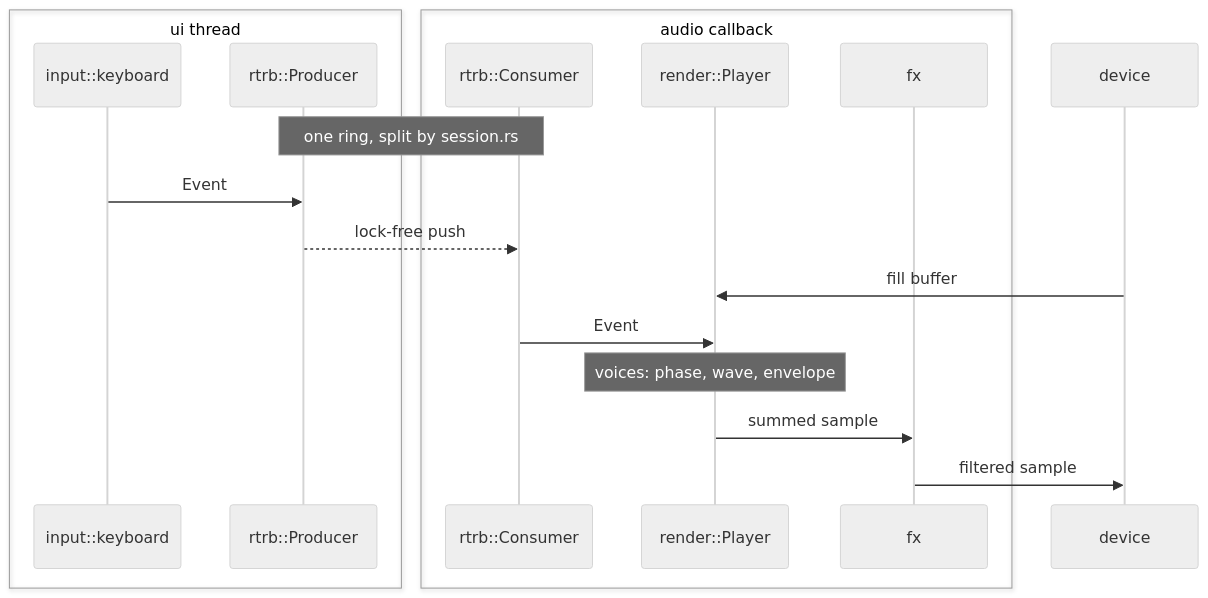
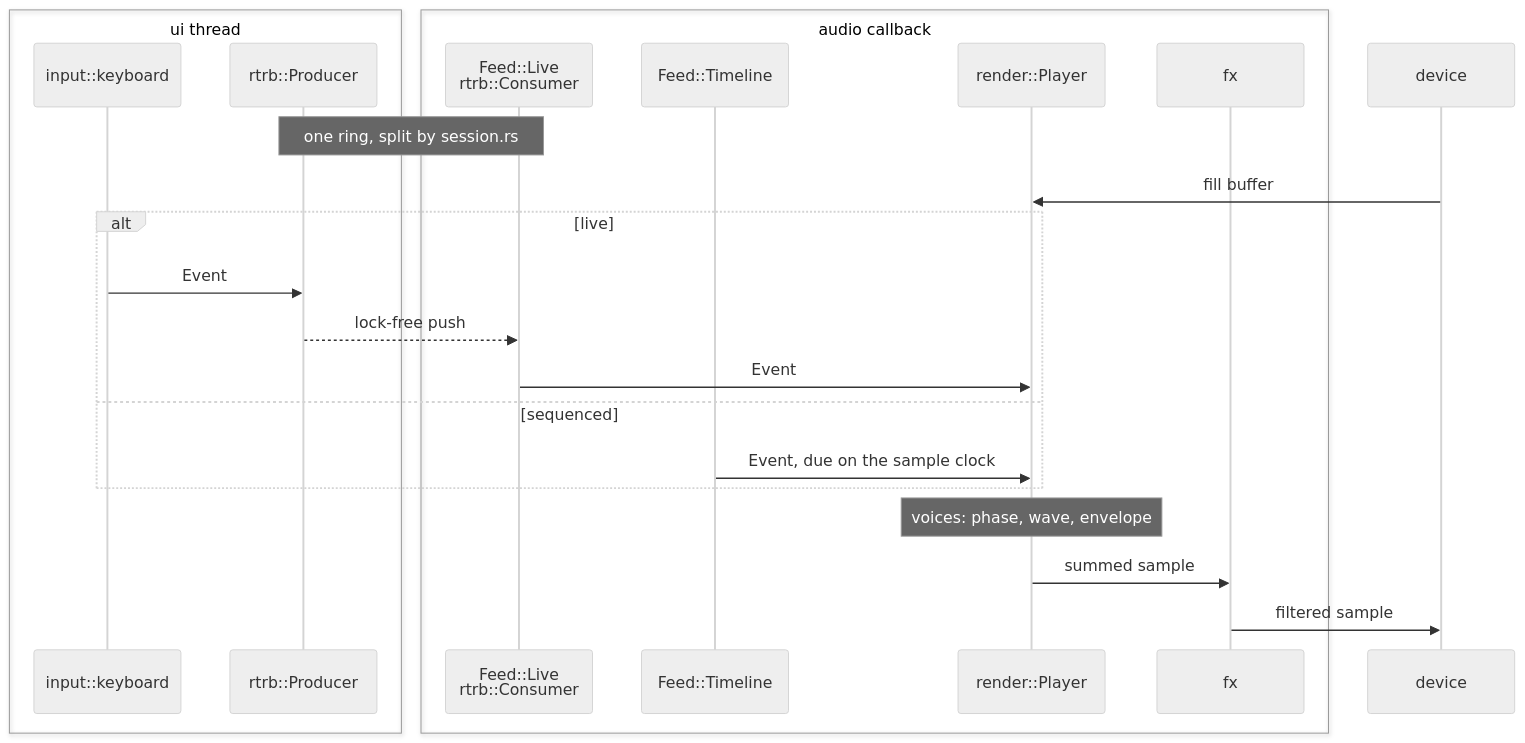
One commit to turkosaurus/synth changed the diagram in src/audio/README.md. Above: the diagram before and after it, drawn with Mermaid (neutral theme). The commit also changed other lines of this file, not shown here.

Commit message:
docs: show sequenced feed beside the live ring

````diff
--- a/src/audio/README.md
+++ b/src/audio/README.md
@@ -9,22 +9,27 @@
 ```mermaid
 sequenceDiagram
     box ui thread
         participant keyboard as input::keyboard
         participant tx as rtrb::Producer
     end
     box audio callback
-        participant rx as rtrb::Consumer
+        participant rx as Feed::Live<br/>rtrb::Consumer
+        participant timeline as Feed::Timeline
         participant player as render::Player
         participant fx
     end
     participant device
 
     note over tx,rx: one ring, split by session.rs
-    keyboard->>tx: Event
-    tx-->>rx: lock-free push
     device->>player: fill buffer
-    rx->>player: Event
+    alt live
+        keyboard->>tx: Event
+        tx-->>rx: lock-free push
+        rx->>player: Event
+    else sequenced
+        timeline->>player: Event, due on the sample clock
+    end
     note over player: voices: phase, wave, envelope
     player->>fx: summed sample
     fx->>device: filtered sample
 ```
````
